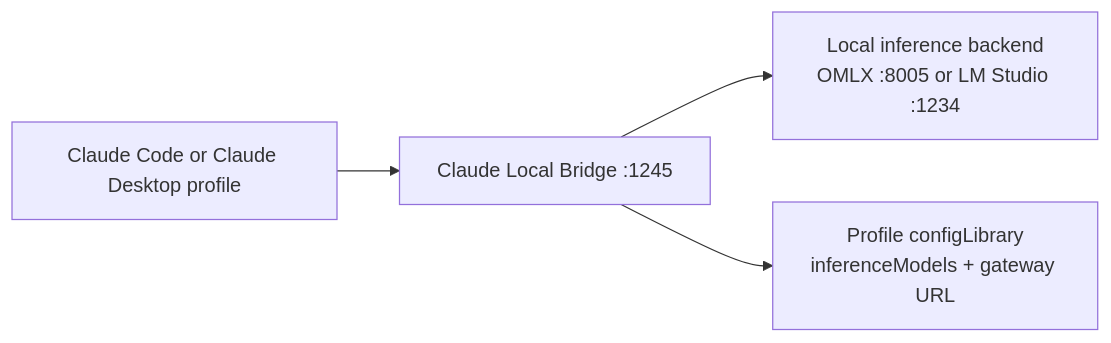
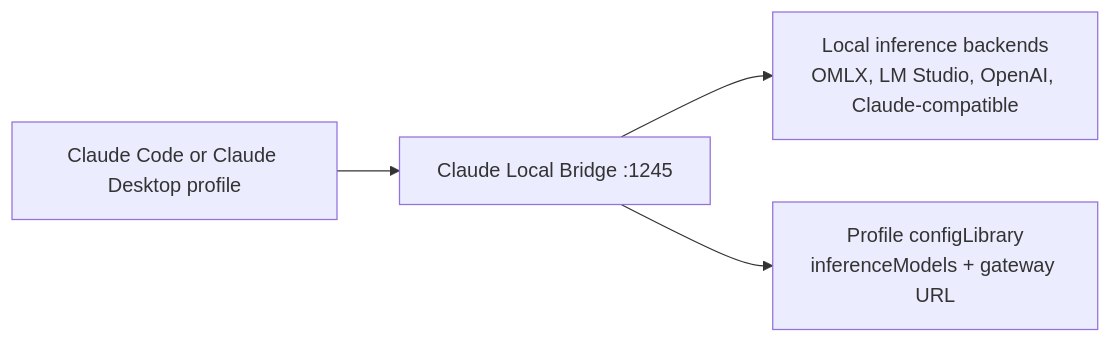
One commit to borland667/tools changed the diagram in claude_local_bridge/README.md. Above: the diagram before and after it, drawn with Mermaid. The commit also changed other lines of this file and 8 other files, not shown here.

````diff
--- a/claude_local_bridge/README.md
+++ b/claude_local_bridge/README.md
@@ -21,11 +21,11 @@
 ```mermaid
 flowchart LR
   Claude["Claude Code or Claude Desktop profile"]
   Bridge["Claude Local Bridge :1245"]
-  Backend["Local inference backend\nOMLX :8005 or LM Studio :1234"]
+  Backend["Local inference backends\nOMLX, LM Studio, OpenAI, Claude-compatible"]
   Config["Profile configLibrary\ninferenceModels + gateway URL"]
 
   Claude --> Bridge
   Bridge --> Backend
   Bridge --> Config
 ```
````
